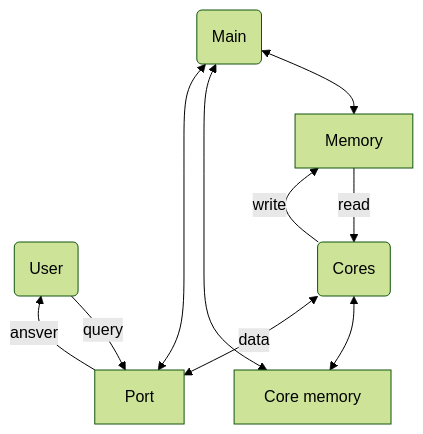
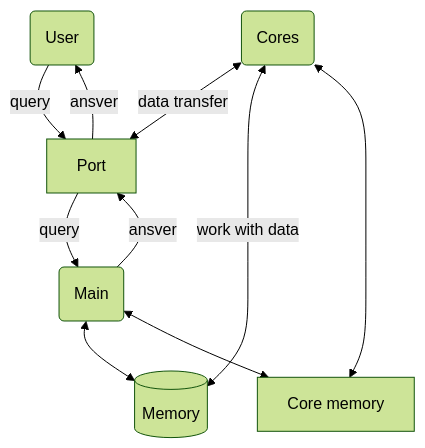
One commit to ZeleniyKustik/VSDSFM changed the diagram in README.md. Above: the diagram before and after it, drawn with Mermaid (forest theme).

````diff
--- a/README.md
+++ b/README.md
@@ -4,30 +4,37 @@
 ```mermaid
 graph TD
-    user(User) 
-    main(Main)
-    core(Cores)
+  
 
-    port[Port]
-    mem[Memory]
-    memcore[Core memory]
+user(User)
+port[Port]
+
+main(Main)
+
+mem@{ shape: "cyl", label: "Memory" }
+
+core(Cores)
+memcore[Core memory]
 
 
 
     user --> |query| port
     port --> |ansver| user
 
-   
-    main <--> mem
-    main <--> memcore
-    main <--> port
+    main --> |ansver| port
+    port --> |query| main
 
+ main <--> mem
+    
 
-    core <-->  memcore
-core <--> |data| port
-    core -->|write| mem
-    mem -->|read| core
-    
+core <--> |data transfer| port
+core <-->|work with data| mem
+ core <-->  memcore
+       
+
+   main <--> memcore
+ 
+
   
 
 
 ```
````
